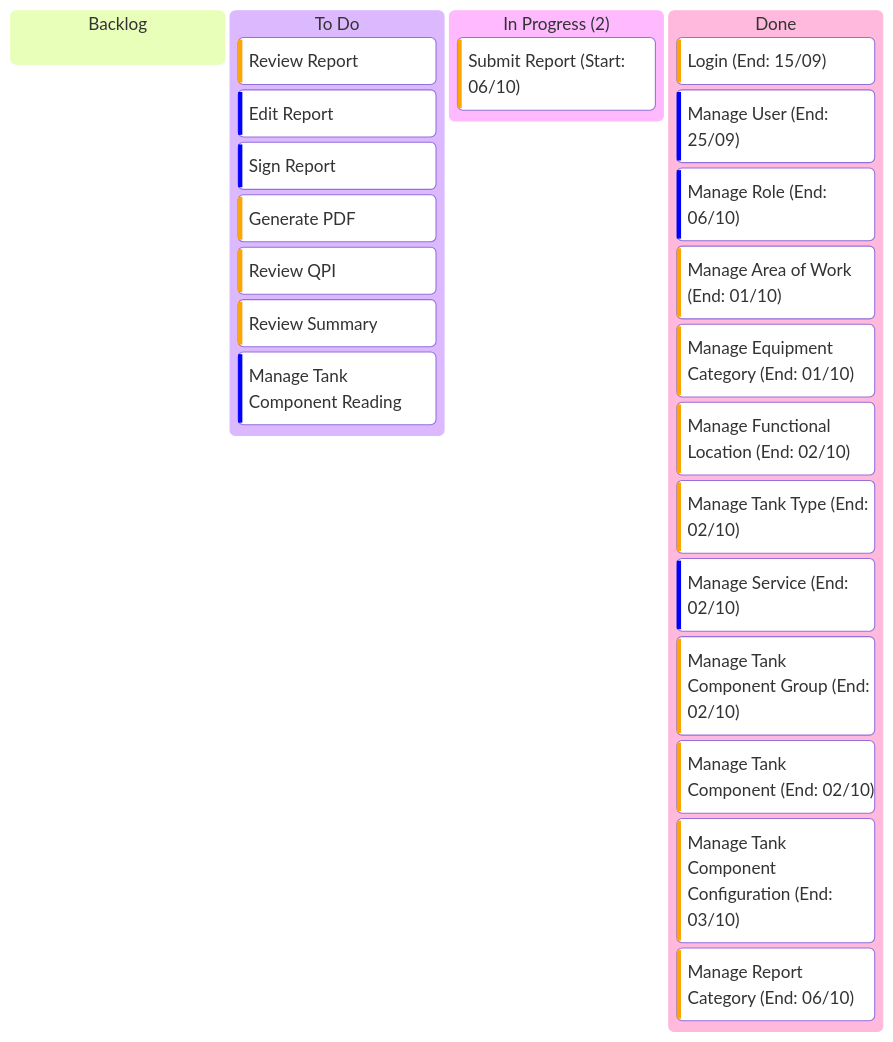
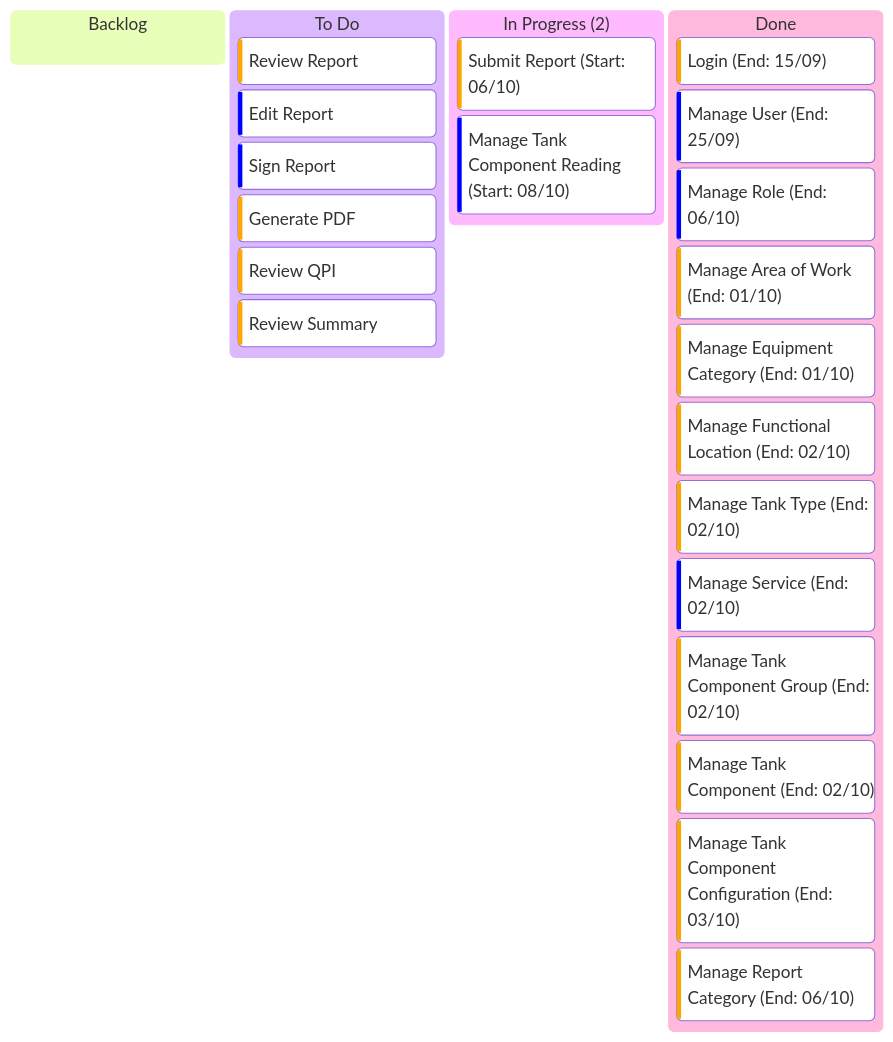
The diagram in Kanban/02-Kanban.md (billdansr/kanban-boc-om), drawn with Mermaid before and after one commit.

Commit message:
vault backup: 2025-10-08 13:48:34 Manage Tank Component Reading: To Do -> In Progress. Started in 08/10

````diff
--- a/Kanban/02-Kanban.md
+++ b/Kanban/02-Kanban.md
@@ -3,31 +3,32 @@
 ```mermaid
 kanban
   backlog[Backlog]
 
   todo[To Do]
 	  uc03[Review Report]@{priority: 'High'}
 	  uc04[Edit Report]@{priority: 'Low'}
 	  uc05[Sign Report]@{priority: 'Low'}
 	  uc06[Generate PDF]@{priority: 'High'}
 	  uc07[Review QPI]@{priority: 'High'}
 	  uc08[Review Summary]@{priority: 'High'}
-	  uc20[Manage Tank Component Reading]@{priority: 'Low'}
 	  
 	  
   inprogress["In Progress (2)"]
 	  uc02["Submit Report (Start: 06/10)"]@{priority: 'High'}
+	  uc20["Manage Tank Component Reading (Start: 08/10)"]@{priority: 'Low'}
+	  
 
   done[Done]
 	  uc01["Login (End: 15/09)"]@{priority: 'High'}
 	  uc09["Manage User (End: 25/09)"]@{priority: 'Low'}
 	  uc10["Manage Role (End: 06/10)"]@{priority: 'Low'}
 	  uc11["Manage Area of Work (End: 01/10)"]@{priority: 'High'}
 	  uc12["Manage Equipment Category (End: 01/10)"]@{priority: 'High'}
 	  uc13["Manage Functional Location (End: 02/10)"]@{priority: 'High'}
 	  uc14["Manage Tank Type (End: 02/10)"]@{priority: 'High'}
 	  uc15["Manage Service (End: 02/10)"]@{priority: 'Low'}
 	  uc16["Manage Tank Component Group (End: 02/10)"]@{priority: 'High'}
 	  uc17["Manage Tank Component (End: 02/10)"]@{priority: 'High'}
 	  uc18["Manage Tank Component Configuration (End: 03/10)"]@{priority: 'High'}
 	  uc19["Manage Report Category (End: 06/10)"]@{priority: 'High'}
 ```
````
